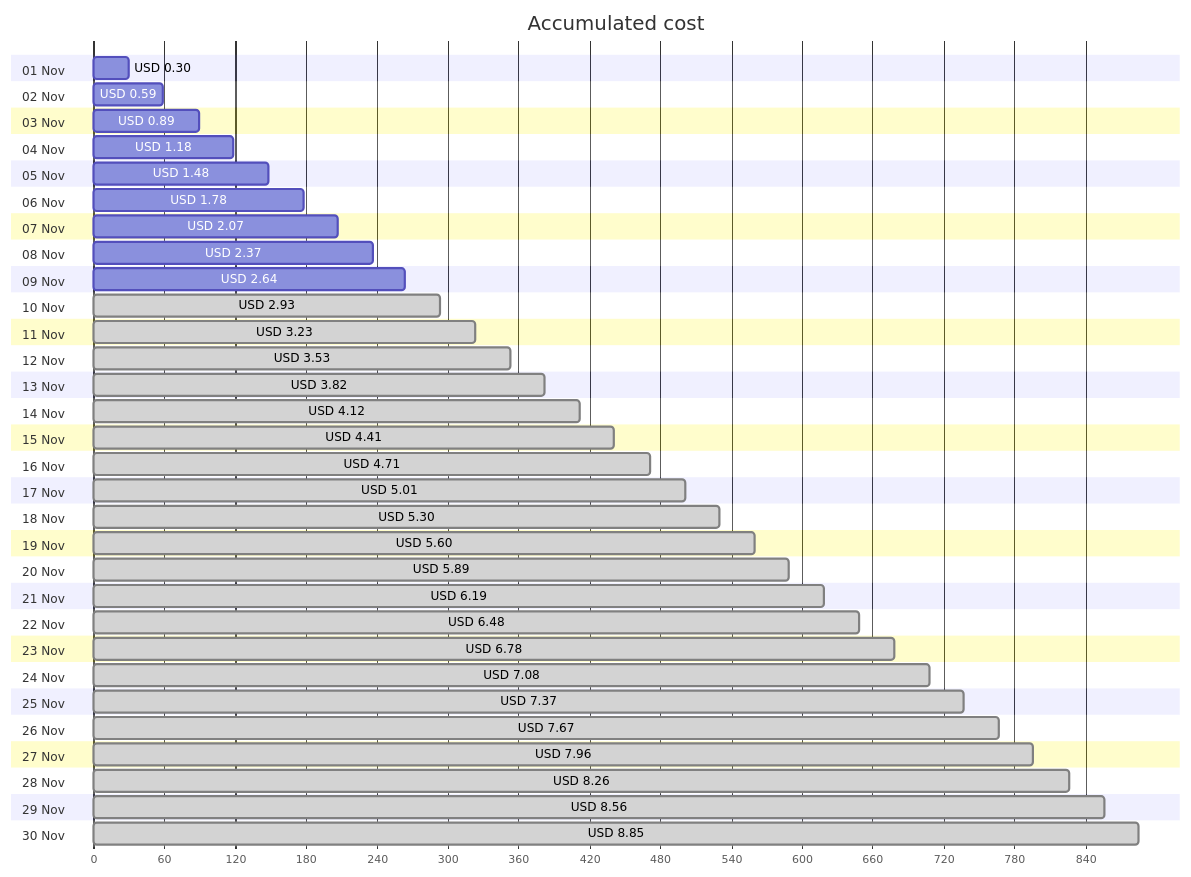
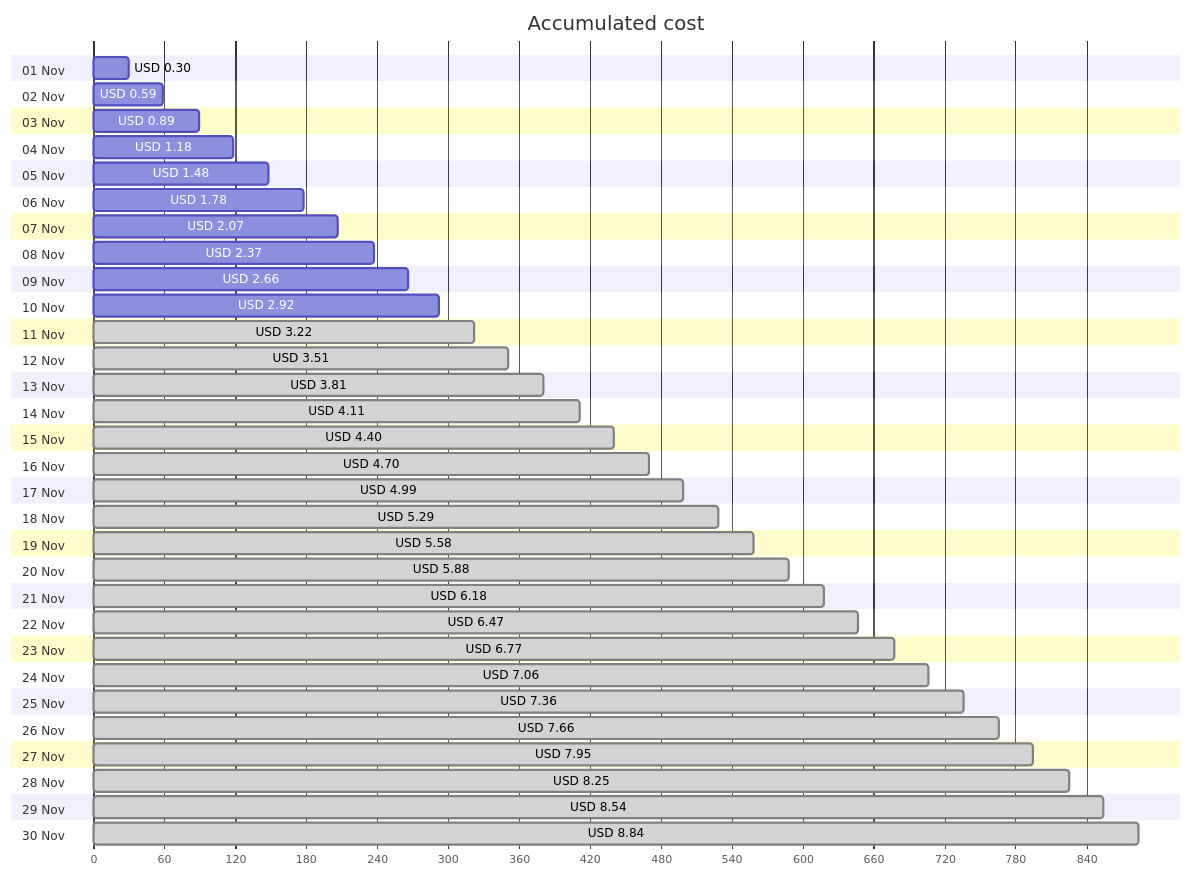
The first of 4 diagrams in cost-reports/personal-site/personal-site-preview.md (jpfulton/azure-personal-reports), drawn with Mermaid before and after one commit. The commit also changed other lines of this file and 7 other files, not shown here.

````diff
--- a/cost-reports/personal-site/personal-site-preview.md
+++ b/cost-reports/personal-site/personal-site-preview.md
@@ -20,66 +20,66 @@
 ```mermaid
 gantt
    title Accumulated cost
    dateFormat  X
    axisFormat %s
    section 01 Nov
    USD 0.30 :0, 30
    section 02 Nov
    USD 0.59 :0, 59
    section 03 Nov
    USD 0.89 :0, 89
    section 04 Nov
    USD 1.18 :0, 118
    section 05 Nov
    USD 1.48 :0, 148
    section 06 Nov
    USD 1.78 :0, 178
    section 07 Nov
    USD 2.07 :0, 207
    section 08 Nov
    USD 2.37 :0, 237
    section 09 Nov
-   USD 2.64 :0, 264
+   USD 2.66 :0, 266
    section 10 Nov
-   USD 2.93 : done, 0, 293
+   USD 2.92 :0, 292
    section 11 Nov
-   USD 3.23 : done, 0, 323
+   USD 3.22 : done, 0, 322
    section 12 Nov
-   USD 3.53 : done, 0, 353
+   USD 3.51 : done, 0, 351
    section 13 Nov
-   USD 3.82 : done, 0, 382
+   USD 3.81 : done, 0, 381
    section 14 Nov
-   USD 4.12 : done, 0, 412
+   USD 4.11 : done, 0, 411
    section 15 Nov
-   USD 4.41 : done, 0, 441
+   USD 4.40 : done, 0, 440
    section 16 Nov
-   USD 4.71 : done, 0, 471
+   USD 4.70 : done, 0, 470
    section 17 Nov
-   USD 5.01 : done, 0, 501
+   USD 4.99 : done, 0, 499
    section 18 Nov
-   USD 5.30 : done, 0, 530
+   USD 5.29 : done, 0, 529
    section 19 Nov
-   USD 5.60 : done, 0, 560
+   USD 5.58 : done, 0, 558
    section 20 Nov
-   USD 5.89 : done, 0, 589
+   USD 5.88 : done, 0, 588
    section 21 Nov
-   USD 6.19 : done, 0, 619
+   USD 6.18 : done, 0, 618
    section 22 Nov
-   USD 6.48 : done, 0, 648
+   USD 6.47 : done, 0, 647
    section 23 Nov
-   USD 6.78 : done, 0, 678
+   USD 6.77 : done, 0, 677
    section 24 Nov
-   USD 7.08 : done, 0, 708
+   USD 7.06 : done, 0, 706
    section 25 Nov
-   USD 7.37 : done, 0, 737
+   USD 7.36 : done, 0, 736
    section 26 Nov
-   USD 7.67 : done, 0, 767
+   USD 7.66 : done, 0, 766
    section 27 Nov
-   USD 7.96 : done, 0, 796
+   USD 7.95 : done, 0, 795
    section 28 Nov
-   USD 8.26 : done, 0, 826
+   USD 8.25 : done, 0, 825
    section 29 Nov
-   USD 8.56 : done, 0, 856
+   USD 8.54 : done, 0, 854
    section 30 Nov
-   USD 8.85 : done, 0, 885
+   USD 8.84 : done, 0, 884
 ```
````
